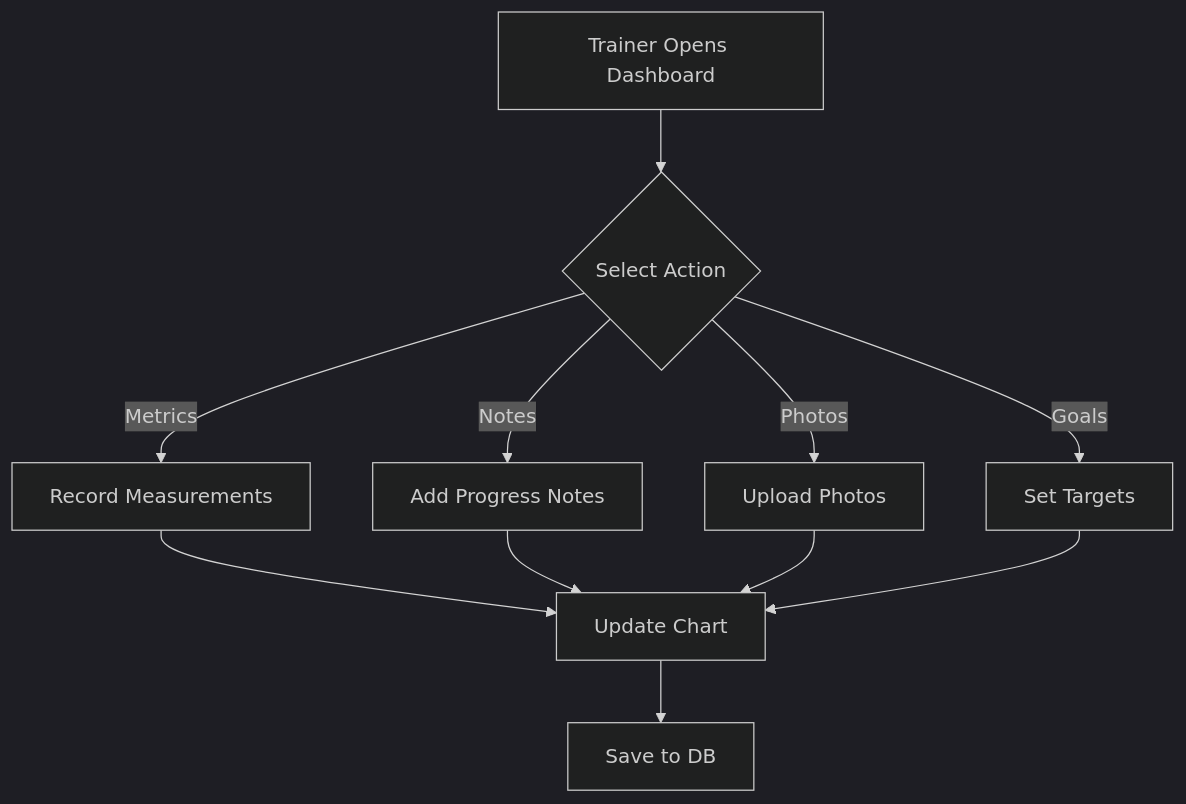
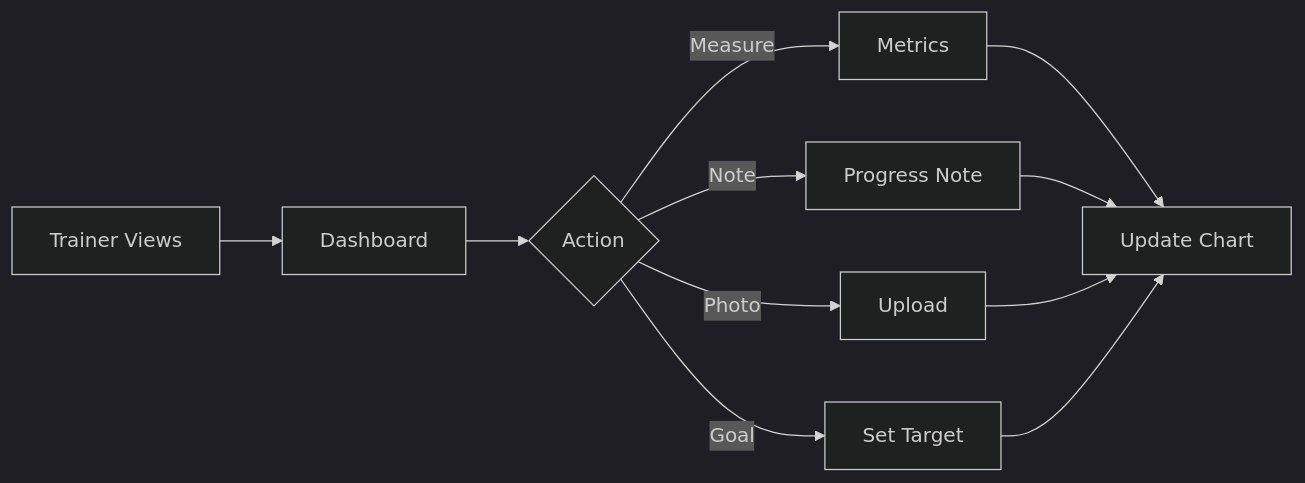
One commit to coded-with-aryan0426/gym-management-system-fullstack changed the sixth of 14 diagrams in docs/workflows.md. Above: the diagram before and after it, drawn with Mermaid (dark theme). The commit also changed other lines of this file and 16 other files, not shown here.

````diff
--- a/docs/workflows.md
+++ b/docs/workflows.md
@@ -110,13 +120,13 @@
 ```mermaid
-flowchart TB
-    A[Trainer Opens Dashboard] --> B{Select Action}
-    B -->|Metrics| C[Record Measurements]
-    B -->|Notes| D[Add Progress Notes]
-    B -->|Photos| E[Upload Photos]
-    B -->|Goals| F[Set Targets]
-    C --> G[Update Chart]
-    D --> G
-    E --> G
-    F --> G
-    G --> H[Save to DB]
+flowchart LR
+    A[Trainer Views] --> B[Dashboard]
+    B --> C{Action}
+    C -->|Measure| D[Metrics]
+    C -->|Note| E[Progress Note]
+    C -->|Photo| F[Upload]
+    C -->|Goal| G[Set Target]
+    D --> H[Update Chart]
+    E --> H
+    F --> H
+    G --> H
 ```
````
